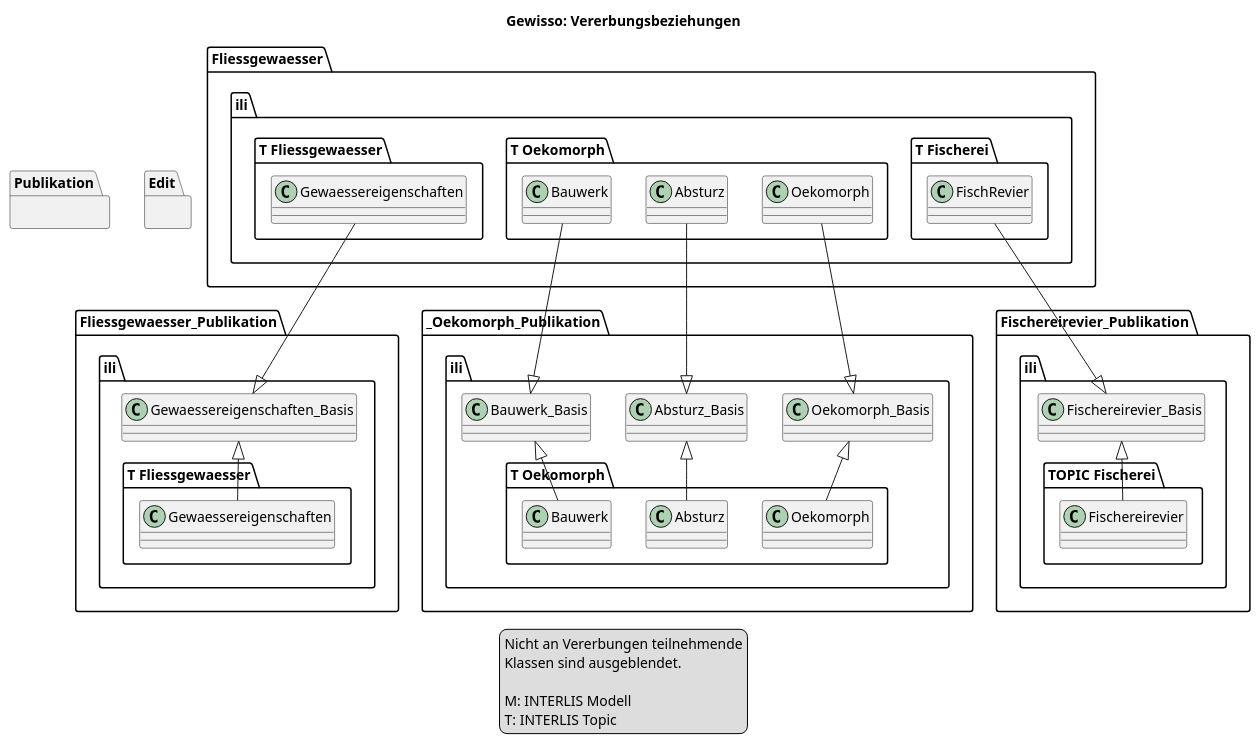
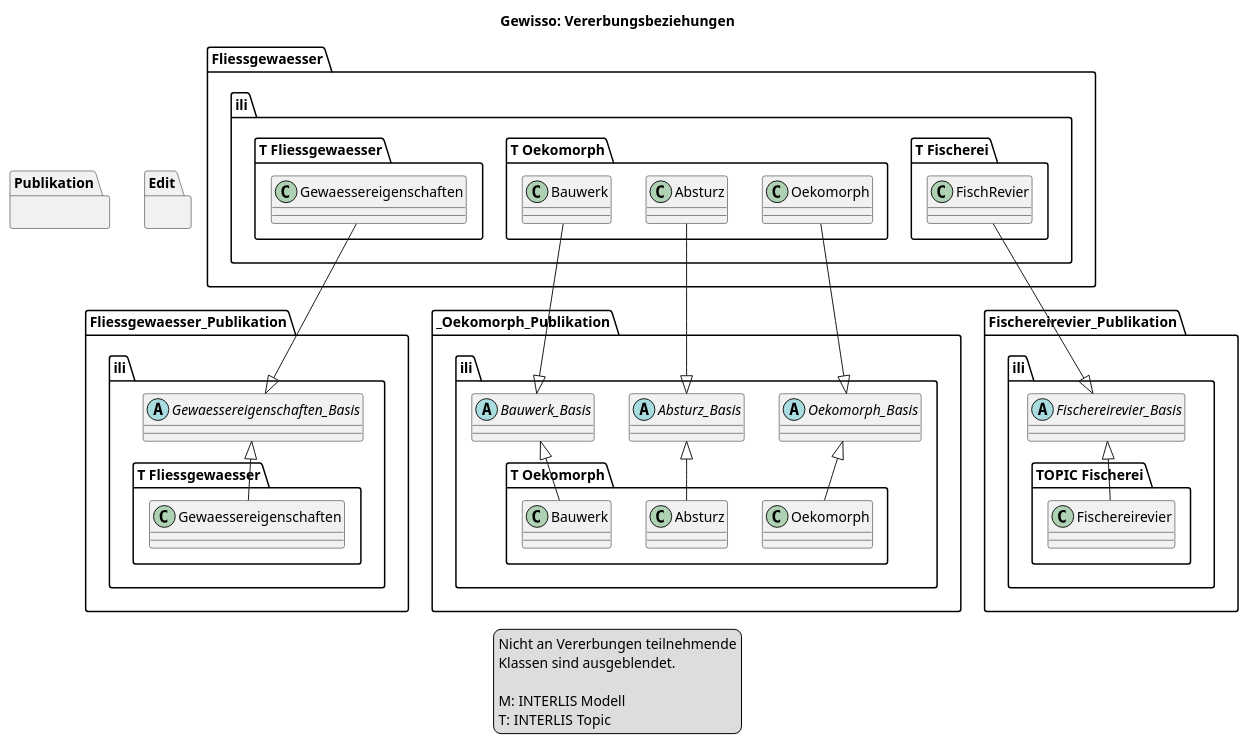
The diagram in model/overview.puml (ojeker/inh_model_dataimport), drawn with PlantUML before and after one commit.

```diff
--- a/model/overview.puml
+++ b/model/overview.puml
@@ -1,76 +1,76 @@
 @startuml
 
 title Gewisso: Vererbungsbeziehungen
 
 package Publikation {
 	package "..._Oekomorph_Publikation.ili" {
-		class "Oekomorph_Basis" as morph_b
-		class "Absturz_Basis" as sturz_b
-		class "Bauwerk_Basis" as bau_b
+		abstract "Oekomorph_Basis" as morph_b
+		abstract "Absturz_Basis" as sturz_b
+		abstract "Bauwerk_Basis" as bau_b
 		
 		package "T Oekomorph" {
 			class "Oekomorph" as morph
 			class "Absturz" as sturz
 			class "Bauwerk" as bau
 		}
 		morph_b <|-- morph 
 		sturz_b <|-- sturz
 		bau_b <|-- bau
 	}
 	
 	package "...Fliessgewaesser_Publikation.ili" {
-		class "Gewaessereigenschaften_Basis" as gew_b
+		abstract "Gewaessereigenschaften_Basis" as gew_b
 		
 		package "T Fliessgewaesser" {
 			class "Gewaessereigenschaften" as gew
 		}
 		
 		gew_b <|-- gew
 	}
 	
 	package "...Fischereirevier_Publikation.ili" {
-		class "Fischereirevier_Basis" as fisch_b
+		abstract "Fischereirevier_Basis" as fisch_b
 		
 		package "TOPIC Fischerei" {
 			class "Fischereirevier" as fisch
 		}
 		
 		fisch_b <|-- fisch
 	}
 }
 
 package Edit {
 	package "...Fliessgewaesser.ili" {
 		package "T Fliessgewaesser." {
 			class "Gewaessereigenschaften" as gew_e
 		}
 		
 		package "T Oekomorph." {
 			class "Oekomorph" as morph_e
 			class "Absturz" as sturz_e
 			class "Bauwerk" as bau_e
 		}
 		
 		package "T Fischerei." {
 			class "FischRevier" as fisch_e
 		}
 	}
 }
 
 gew_b <|-up- gew_e
 
 morph_b <|-up- morph_e 
 sturz_b <|-up- sturz_e
 bau_b <|-up- bau_e
 
 fisch_b <|-up- fisch_e
 
 legend
 	Nicht an Vererbungen teilnehmende
 	Klassen sind ausgeblendet.
 	
 	M: INTERLIS Modell
 	T: INTERLIS Topic
 end legend
 
 @enduml
```
